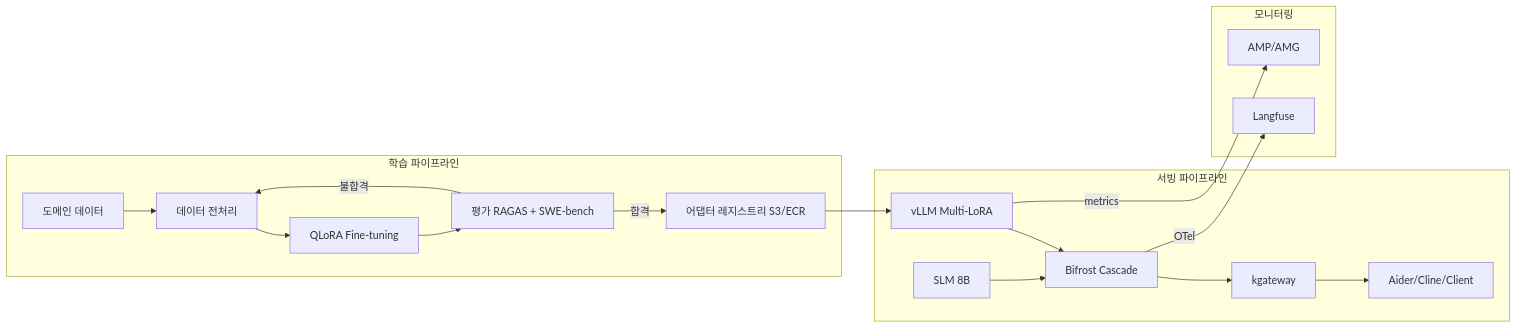
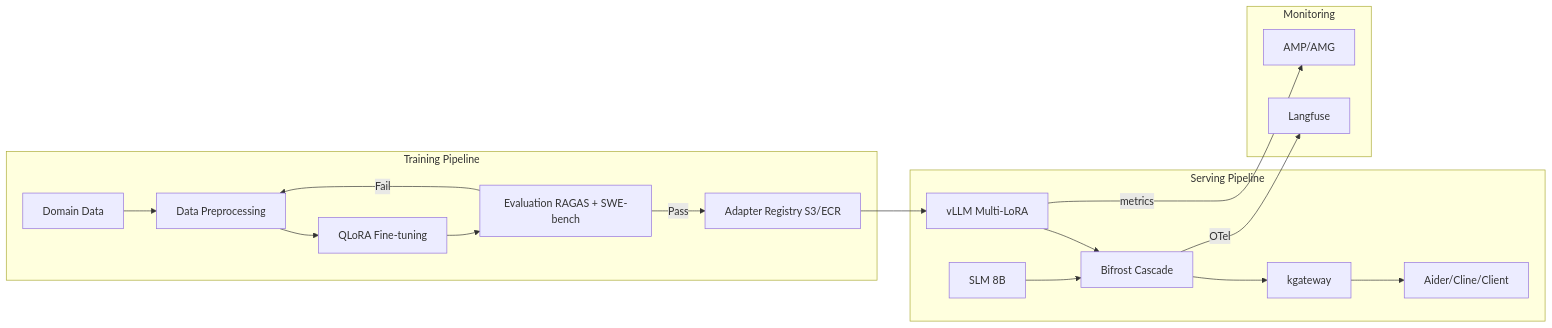
Before and after one commit to devfloor9/engineering-playbook: the first of 4 diagrams in docs/agentic-ai-platform/reference-architecture/model-lifecycle/custom-model-pipeline.md, drawn with Mermaid. The commit also changed other lines of this file and 954 other files, not shown here.

````diff
--- a/docs/agentic-ai-platform/reference-architecture/model-lifecycle/custom-model-pipeline.md
+++ b/docs/agentic-ai-platform/reference-architecture/model-lifecycle/custom-model-pipeline.md
@@ -42,23 +42,23 @@
 ```mermaid
 graph LR
-    subgraph "학습 파이프라인"
-        D[도메인 데이터] --> P[데이터 전처리]
+    subgraph "Training Pipeline"
+        D[Domain Data] --> P[Data Preprocessing]
         P --> T[QLoRA Fine-tuning]
-        T --> E[평가 RAGAS + SWE-bench]
-        E -->|합격| R[어댑터 레지스트리 S3/ECR]
-        E -->|불합격| P
+        T --> E[Evaluation RAGAS + SWE-bench]
+        E -->|Pass| R[Adapter Registry S3/ECR]
+        E -->|Fail| P
     end
     
-    subgraph "서빙 파이프라인"
+    subgraph "Serving Pipeline"
         R --> V[vLLM Multi-LoRA]
         SLM[SLM 8B] --> BF[Bifrost Cascade]
         V --> BF
         BF --> KGW[kgateway]
         KGW --> C[Aider/Cline/Client]
     end
     
-    subgraph "모니터링"
+    subgraph "Monitoring"
         BF -->|OTel| LF[Langfuse]
         V -->|metrics| AMP[AMP/AMG]
     end
 ```
````
